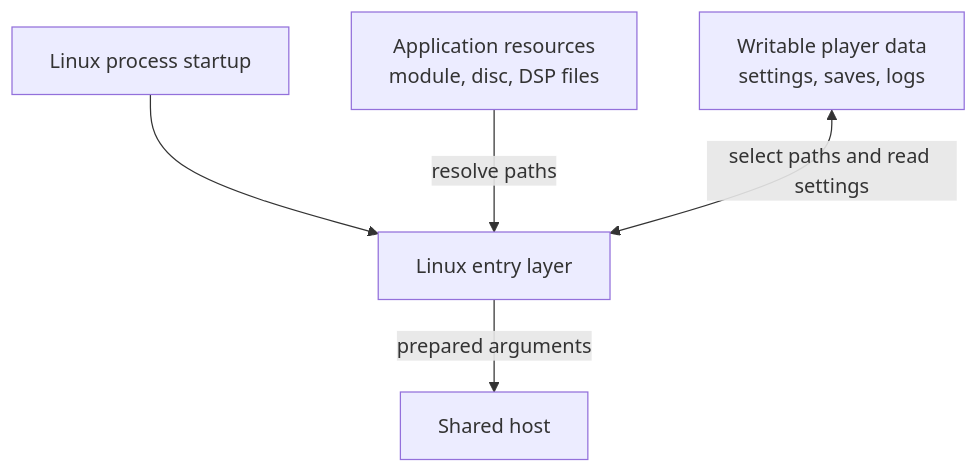
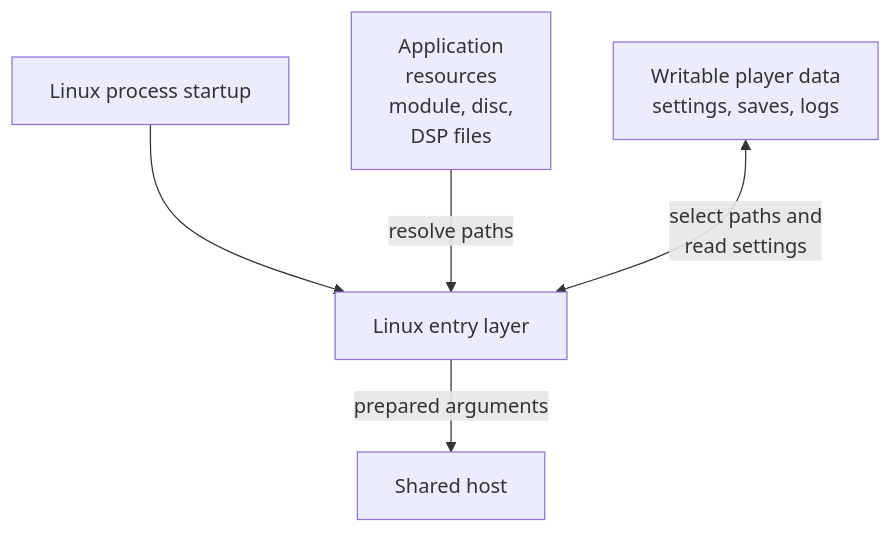
One commit to Aelbannan/boat_of_daphnes changed the third of 9 diagrams in docs/architecture/Host.md. Above: the diagram before and after it, drawn with Mermaid. The commit also changed other lines of this file and 7 other files, not shown here.

Commit message:
Wrap Mermaid diagram labels

````diff
--- a/docs/architecture/Host.md
+++ b/docs/architecture/Host.md
@@ -83,13 +83,13 @@
 ```mermaid
 flowchart TD
     Start["Linux process startup"]
     Entry["Linux entry layer"]
-    Resources["Application resources<br/>module, disc, DSP files"]
+    Resources["Application<br/>resources<br/>module, disc,<br/>DSP files"]
     Data["Writable player data<br/>settings, saves, logs"]
     Host["Shared host"]
 
     Start --> Entry
     Resources -->|"resolve paths"| Entry
-    Data <-->|"select paths and read settings"| Entry
+    Data <-->|"select paths and<br/>read settings"| Entry
     Entry -->|"prepared arguments"| Host
 ```
````
